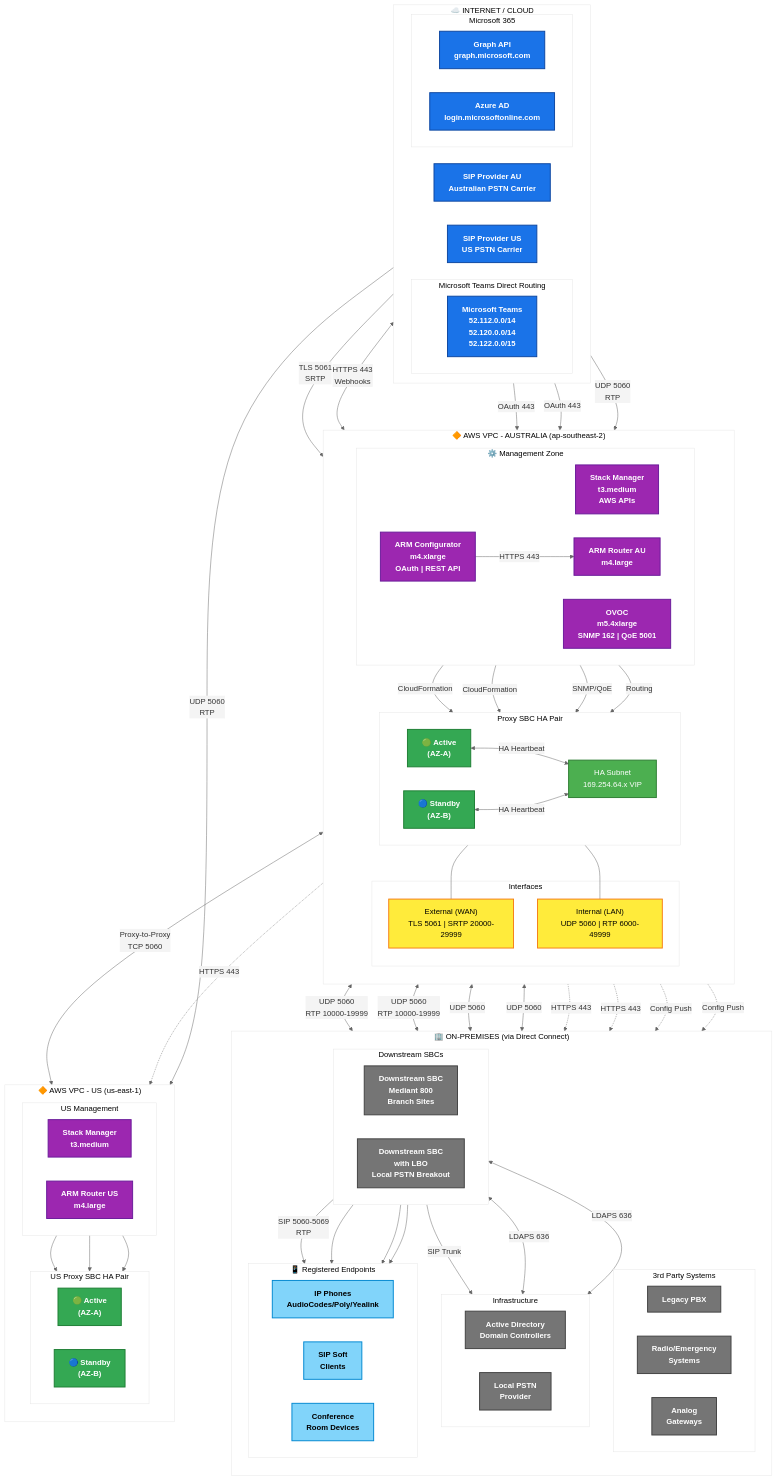
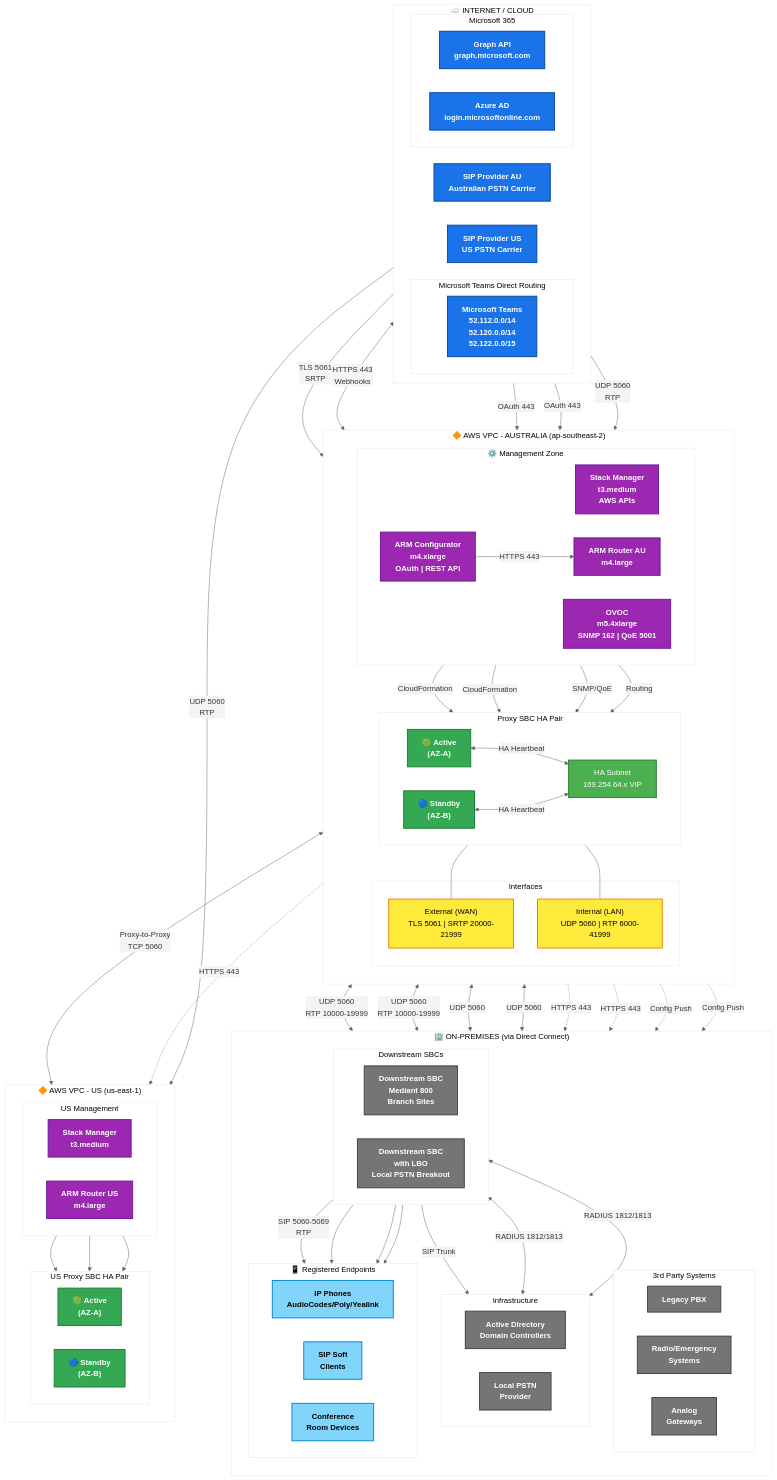
The diagram in diagrams/d8-7-complete-solution.mmd (kevinsing999/public), drawn with Mermaid before and after one commit. The commit also changed 6 other files, not shown here.

First line of the commit message:
Update to v2.5: network interface remapping and security architecture update

```diff
--- a/diagrams/d8-7-complete-solution.mmd
+++ b/diagrams/d8-7-complete-solution.mmd
@@ -1,189 +1,189 @@
 %%{init: {'theme': 'base', 'themeVariables': { 'primaryColor': '#f4f4f4', 'primaryTextColor': '#333', 'primaryBorderColor': '#333', 'lineColor': '#666', 'secondaryColor': '#f4f4f4', 'tertiaryColor': '#fff'}}}%%
 %% ============================================================
 %% D.8.7 Complete Solution - End-to-End Connectivity
 %% AudioCodes SBC Unified Deployment Architecture
 %% ============================================================
 
 flowchart TB
     %% ============================================================
     %% INTERNET / CLOUD LAYER
     %% ============================================================
     subgraph Internet["☁️ INTERNET / CLOUD"]
         direction LR
 
         subgraph MSTeams["Microsoft Teams Direct Routing"]
             Teams["Microsoft Teams<br/>52.112.0.0/14<br/>52.120.0.0/14<br/>52.122.0.0/15"]
         end
 
         subgraph M365["Microsoft 365"]
             GraphAPI["Graph API<br/>graph.microsoft.com"]
             LoginAPI["Azure AD<br/>login.microsoftonline.com"]
         end
 
         SIPAU["SIP Provider AU<br/>Australian PSTN Carrier"]
         SIPUS["SIP Provider US<br/>US PSTN Carrier"]
     end
 
     %% ============================================================
     %% AWS VPC - AUSTRALIA REGION
     %% ============================================================
     subgraph AWSAustralia["🔶 AWS VPC - AUSTRALIA (ap-southeast-2)"]
         direction TB
 
         subgraph ProxySBC["Proxy SBC HA Pair"]
             direction LR
             AUActive["🟢 Active<br/>(AZ-A)"]
             AUStandby["🔵 Standby<br/>(AZ-B)"]
             HAVIP["HA Subnet<br/>169.254.64.x VIP"]
         end
 
         subgraph ProxyInterfaces["Interfaces"]
-            ExtIF["External (WAN)<br/>TLS 5061 | SRTP 20000-29999"]
-            IntIF["Internal (LAN)<br/>UDP 5060 | RTP 6000-49999"]
+            ExtIF["External (WAN)<br/>TLS 5061 | SRTP 20000-21999"]
+            IntIF["Internal (LAN)<br/>UDP 5060 | RTP 6000-41999"]
         end
 
         subgraph MgmtZone["⚙️ Management Zone"]
             direction LR
             StackMgr["Stack Manager<br/>t3.medium<br/>AWS APIs"]
             OVOC["OVOC<br/>m5.4xlarge<br/>SNMP 162 | QoE 5001"]
             ARMCfg["ARM Configurator<br/>m4.xlarge<br/>OAuth | REST API"]
             ARMRtrAU["ARM Router AU<br/>m4.large"]
         end
     end
 
     %% ============================================================
     %% AWS VPC - US REGION
     %% ============================================================
     subgraph AWSUSRegion["🔶 AWS VPC - US (us-east-1)"]
         direction TB
 
         subgraph USProxySBC["US Proxy SBC HA Pair"]
             direction LR
             USActive["🟢 Active<br/>(AZ-A)"]
             USStandby["🔵 Standby<br/>(AZ-B)"]
         end
 
         subgraph USMgmt["US Management"]
             direction LR
             USStackMgr["Stack Manager<br/>t3.medium"]
             ARMRtrUS["ARM Router US<br/>m4.large"]
         end
     end
 
     %% ============================================================
     %% ON-PREMISES
     %% ============================================================
     subgraph OnPrem["🏢 ON-PREMISES (via Direct Connect)"]
         direction TB
 
         subgraph DownstreamSBCs["Downstream SBCs"]
             direction LR
             DSSBC["Downstream SBC<br/>Mediant 800<br/>Branch Sites"]
             DSSBCLBO["Downstream SBC<br/>with LBO<br/>Local PSTN Breakout"]
         end
 
         subgraph ThirdParty["3rd Party Systems"]
             direction LR
             PBX["Legacy PBX"]
             Radio["Radio/Emergency<br/>Systems"]
             AnalogGW["Analog<br/>Gateways"]
         end
 
         subgraph Infrastructure["Infrastructure"]
             direction LR
             AD["Active Directory<br/>Domain Controllers"]
             LocalPSTN["Local PSTN<br/>Provider"]
         end
 
         subgraph Endpoints["📱 Registered Endpoints"]
             direction LR
             IPPhones["IP Phones<br/>AudioCodes/Poly/Yealink"]
             SoftClients["SIP Soft<br/>Clients"]
             ConfRooms["Conference<br/>Room Devices"]
         end
     end
 
     %% ============================================================
     %% CONNECTIONS - Internet to AWS
     %% ============================================================
     Teams -->|"TLS 5061<br/>SRTP"| ExtIF
     GraphAPI <-->|"HTTPS 443<br/>Webhooks"| OVOC
     LoginAPI -->|"OAuth 443"| OVOC
     LoginAPI -->|"OAuth 443"| ARMCfg
     SIPAU -->|"UDP 5060<br/>RTP"| IntIF
     SIPUS -->|"UDP 5060<br/>RTP"| USActive
 
     %% ============================================================
     %% CONNECTIONS - AWS Internal
     %% ============================================================
     AUActive <-->|"HA Heartbeat"| HAVIP
     AUStandby <-->|"HA Heartbeat"| HAVIP
     AUActive --- ExtIF
     AUActive --- IntIF
 
     StackMgr -->|"CloudFormation"| AUActive
     StackMgr -->|"CloudFormation"| AUStandby
     OVOC -->|"SNMP/QoE"| AUActive
     ARMCfg -->|"HTTPS 443"| ARMRtrAU
     ARMRtrAU -->|"Routing"| AUActive
 
     USStackMgr --> USActive
     USStackMgr --> USStandby
     ARMRtrUS --> USActive
 
     %% ============================================================
     %% CONNECTIONS - Proxy to Proxy (Cross-Region)
     %% ============================================================
     AUActive <-->|"Proxy-to-Proxy<br/>TCP 5060"| USActive
 
     %% ============================================================
     %% CONNECTIONS - AWS to On-Premises
     %% ============================================================
     IntIF <-->|"UDP 5060<br/>RTP 10000-19999"| DSSBC
     IntIF <-->|"UDP 5060<br/>RTP 10000-19999"| DSSBCLBO
     IntIF <-->|"UDP 5060"| PBX
     IntIF <-->|"UDP 5060"| Radio
 
     %% ============================================================
     %% CONNECTIONS - On-Premises Internal
     %% ============================================================
     DSSBCLBO -->|"SIP Trunk"| LocalPSTN
-    DSSBC <-->|"LDAPS 636"| AD
-    DSSBCLBO <-->|"LDAPS 636"| AD
+    DSSBC <-->|"RADIUS 1812/1813"| AD
+    DSSBCLBO <-->|"RADIUS 1812/1813"| AD
 
     DSSBC -->|"SIP 5060-5069<br/>RTP"| IPPhones
     DSSBC --> SoftClients
     DSSBC --> ConfRooms
     DSSBCLBO --> IPPhones
 
     %% ============================================================
     %% CONNECTIONS - Management to All SBCs
     %% ============================================================
     OVOC -.->|"HTTPS 443"| DSSBC
     OVOC -.->|"HTTPS 443"| DSSBCLBO
     OVOC -.->|"HTTPS 443"| USActive
     ARMCfg -.->|"Config Push"| DSSBC
     ARMCfg -.->|"Config Push"| DSSBCLBO
 
     %% ============================================================
     %% STYLING - Class Definitions
     %% ============================================================
     classDef internet fill:#1a73e8,stroke:#0d47a1,stroke-width:2px,color:#ffffff,font-weight:bold
     classDef aws fill:#ff9900,stroke:#cc7a00,stroke-width:2px,color:#000000,font-weight:bold
     classDef sbc fill:#34a853,stroke:#1e7e34,stroke-width:2px,color:#ffffff,font-weight:bold
     classDef management fill:#9c27b0,stroke:#6a1b9a,stroke-width:2px,color:#ffffff,font-weight:bold
     classDef onprem fill:#757575,stroke:#424242,stroke-width:2px,color:#ffffff,font-weight:bold
     classDef endpoints fill:#81d4fa,stroke:#0288d1,stroke-width:2px,color:#000000,font-weight:bold
     classDef ha fill:#4caf50,stroke:#2e7d32,stroke-width:2px,color:#ffffff
     classDef interface fill:#ffeb3b,stroke:#f57f17,stroke-width:2px,color:#000000
 
     %% ============================================================
     %% STYLING - Class Assignments
     %% ============================================================
     class Teams,GraphAPI,LoginAPI,SIPAU,SIPUS internet
     class AUActive,AUStandby,USActive,USStandby sbc
     class StackMgr,OVOC,ARMCfg,ARMRtrAU,USStackMgr,ARMRtrUS management
     class DSSBC,DSSBCLBO,PBX,Radio,AnalogGW,AD,LocalPSTN onprem
     class IPPhones,SoftClients,ConfRooms endpoints
     class HAVIP ha
     class ExtIF,IntIF interface
```
